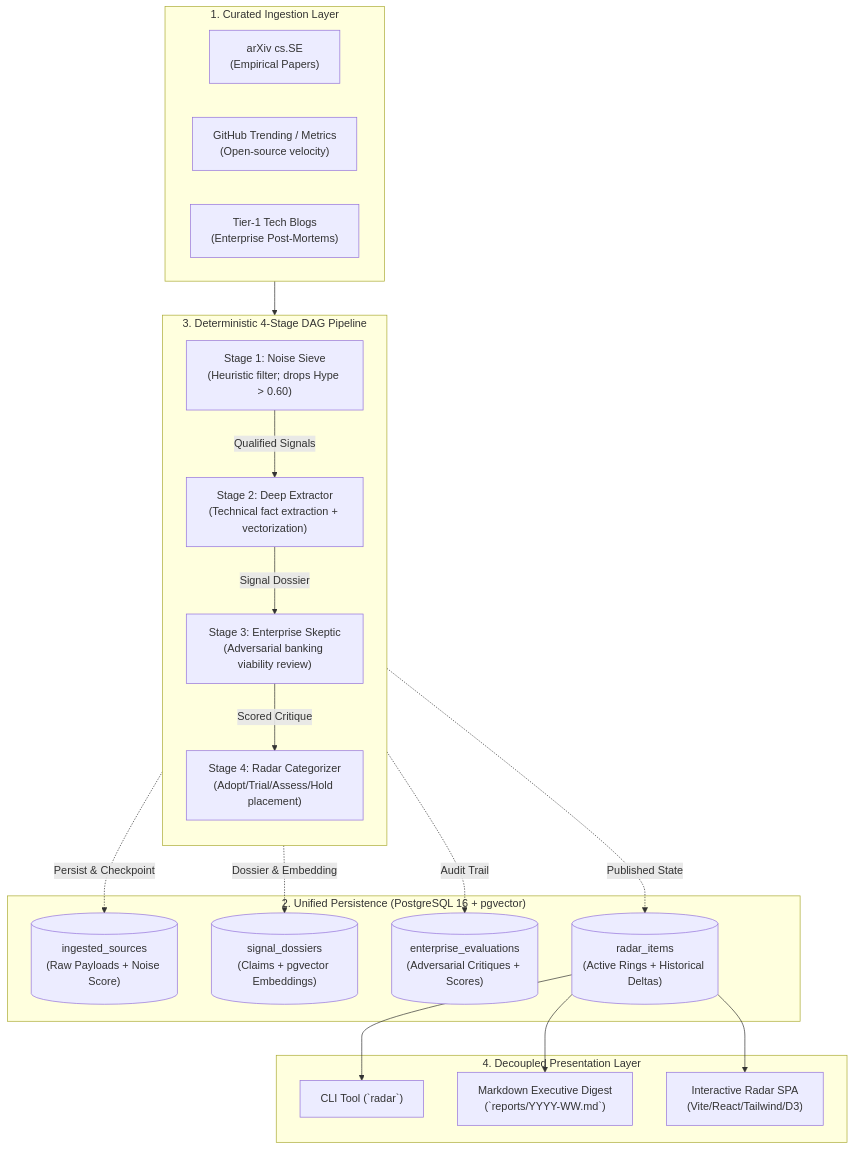
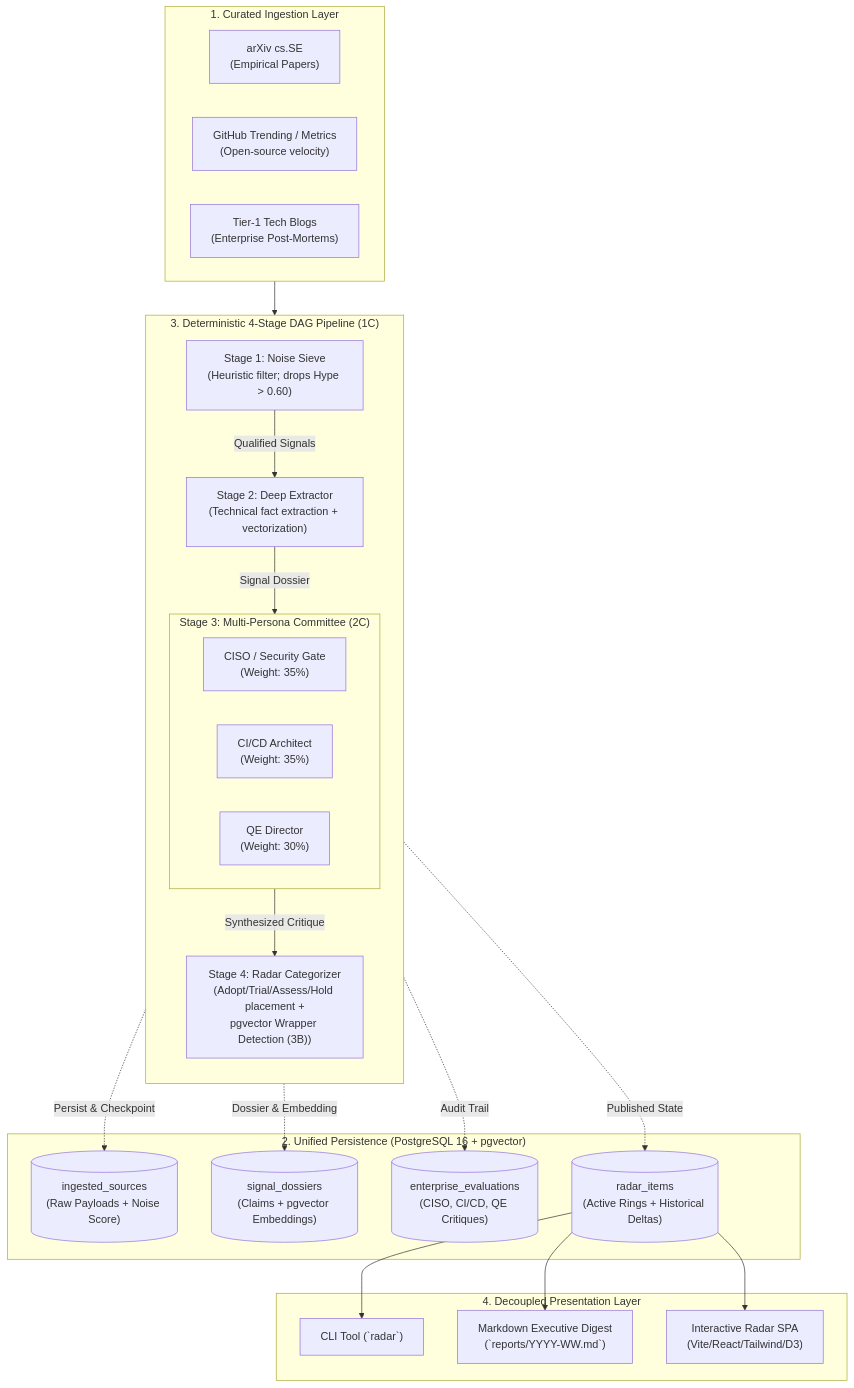
The second of 2 diagrams in docs/adr/0000-overall-system-architecture.md (cdr74/trend_research), drawn with Mermaid before and after one commit. The commit also changed other lines of this file and 8 other files, not shown here.

Commit message:
docs(adr): lock in 1C, 2C, 3B architecture decisions in ADR-0000, schemas, and design docs (Ref: ADR-0000, Backlog M1-T1)

````diff
--- a/docs/adr/0000-overall-system-architecture.md
+++ b/docs/adr/0000-overall-system-architecture.md
@@ -113,43 +143,50 @@
 ```mermaid
 flowchart TD
     subgraph Sources ["1. Curated Ingestion Layer"]
         S_ARXIV["arXiv cs.SE\n(Empirical Papers)"]
         S_GH["GitHub Trending / Metrics\n(Open-source velocity)"]
         S_BLOG["Tier-1 Tech Blogs\n(Enterprise Post-Mortems)"]
     end
 
     subgraph DB ["2. Unified Persistence (PostgreSQL 16 + pgvector)"]
         T_RAW[("ingested_sources\n(Raw Payloads + Noise Score)")]
         T_DOS[("signal_dossiers\n(Claims + pgvector Embeddings)")]
-        T_EVAL[("enterprise_evaluations\n(Adversarial Critiques + Scores)")]
+        T_EVAL[("enterprise_evaluations\n(CISO, CI/CD, QE Critiques)")]
         T_RADAR[("radar_items\n(Active Rings + Historical Deltas)")]
     end
 
-    subgraph DAG ["3. Deterministic 4-Stage DAG Pipeline"]
+    subgraph DAG ["3. Deterministic 4-Stage DAG Pipeline (1C)"]
         direction TB
         ST1["Stage 1: Noise Sieve\n(Heuristic filter; drops Hype > 0.60)"]
         ST2["Stage 2: Deep Extractor\n(Technical fact extraction + vectorization)"]
-        ST3["Stage 3: Enterprise Skeptic\n(Adversarial banking viability review)"]
-        ST4["Stage 4: Radar Categorizer\n(Adopt/Trial/Assess/Hold placement)"]
+        
+        subgraph Stage3 ["Stage 3: Multi-Persona Committee (2C)"]
+            direction LR
+            P_SEC["CISO / Security Gate\n(Weight: 35%)"]
+            P_CICD["CI/CD Architect\n(Weight: 35%)"]
+            P_QE["QE Director\n(Weight: 30%)"]
+        end
+
+        ST4["Stage 4: Radar Categorizer\n(Adopt/Trial/Assess/Hold placement +\npgvector Wrapper Detection (3B))"]
 
         ST1 -->|"Qualified Signals"| ST2
-        ST2 -->|"Signal Dossier"| ST3
-        ST3 -->|"Scored Critique"| ST4
+        ST2 -->|"Signal Dossier"| Stage3
+        Stage3 -->|"Synthesized Critique"| ST4
     end
 
     Sources --> ST1
     ST1 -.->|"Persist & Checkpoint"| T_RAW
     ST2 -.->|"Dossier & Embedding"| T_DOS
-    ST3 -.->|"Audit Trail"| T_EVAL
+    Stage3 -.->|"Audit Trail"| T_EVAL
     ST4 -.->|"Published State"| T_RADAR
 
     subgraph Presentation ["4. Decoupled Presentation Layer"]
         CLI["CLI Tool (`radar`)"]
         DIGEST["Markdown Executive Digest\n(`reports/YYYY-WW.md`)"]
         WEB["Interactive Radar SPA\n(Vite/React/Tailwind/D3)"]
     end
 
     T_RADAR --> CLI
     T_RADAR --> DIGEST
     T_RADAR --> WEB
 ```
````
